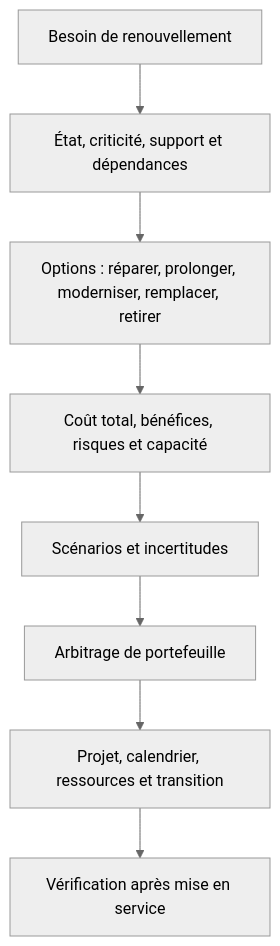
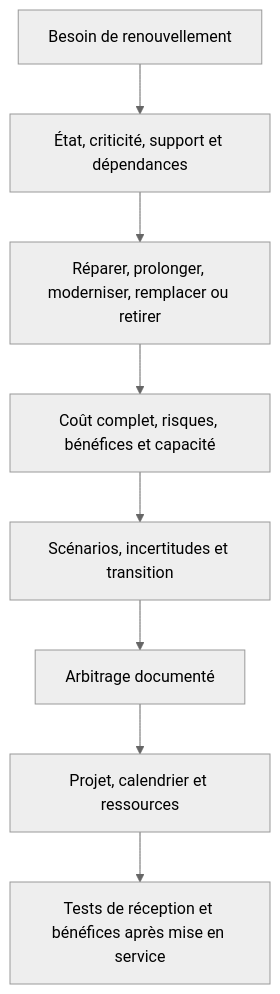
Before and after one commit to biggyseven/Skill-Tree: the seventh of 16 diagrams in content/lessons/maint-strategie-expert.md, drawn with Mermaid (neutral theme). The commit also changed other lines of this file, not shown here.

```diff
--- a/content/lessons/maint-strategie-expert.md
+++ b/content/lessons/maint-strategie-expert.md
@@ -143,10 +141,10 @@
 ~~~mermaid
 flowchart TD
   A["Besoin de renouvellement"] --> B["État, criticité, support et dépendances"]
-  B --> C["Options : réparer, prolonger, moderniser, remplacer, retirer"]
-  C --> D["Coût total, bénéfices, risques et capacité"]
-  D --> E["Scénarios et incertitudes"]
-  E --> F["Arbitrage de portefeuille"]
-  F --> G["Projet, calendrier, ressources et transition"]
-  G --> H["Vérification après mise en service"]
+  B --> C["Réparer, prolonger, moderniser, remplacer ou retirer"]
+  C --> D["Coût complet, risques, bénéfices et capacité"]
+  D --> E["Scénarios, incertitudes et transition"]
+  E --> F["Arbitrage documenté"]
+  F --> G["Projet, calendrier et ressources"]
+  G --> H["Tests de réception et bénéfices après mise en service"]
 ~~~
```
